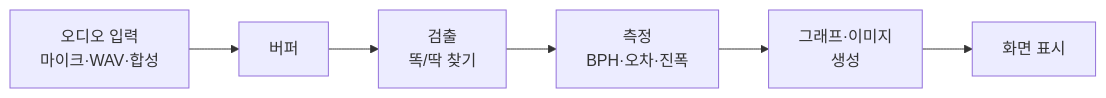
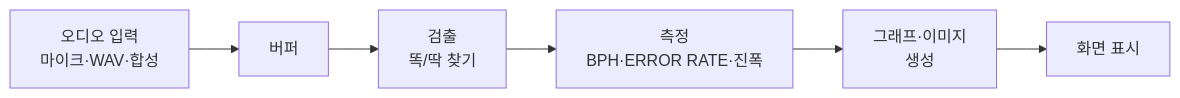
Before and after one commit to Jae-hong-5/TimeGrapher-Net: the second of 4 diagrams in README.ko.md, drawn with Mermaid. The commit also changed other lines of this file and 108 other files, not shown here.

````diff
--- a/README.ko.md
+++ b/README.ko.md
@@ -186,8 +186,8 @@
 ```mermaid
 flowchart LR
     A["오디오 입력<br/>마이크·WAV·합성"] --> B["버퍼"]
     B --> C["검출<br/>똑/딱 찾기"]
-    C --> D["측정<br/>BPH·오차·진폭"]
+    C --> D["측정<br/>BPH·ERROR RATE·진폭"]
     D --> E["그래프·이미지<br/>생성"]
     E --> F["화면 표시"]
 ```
````
